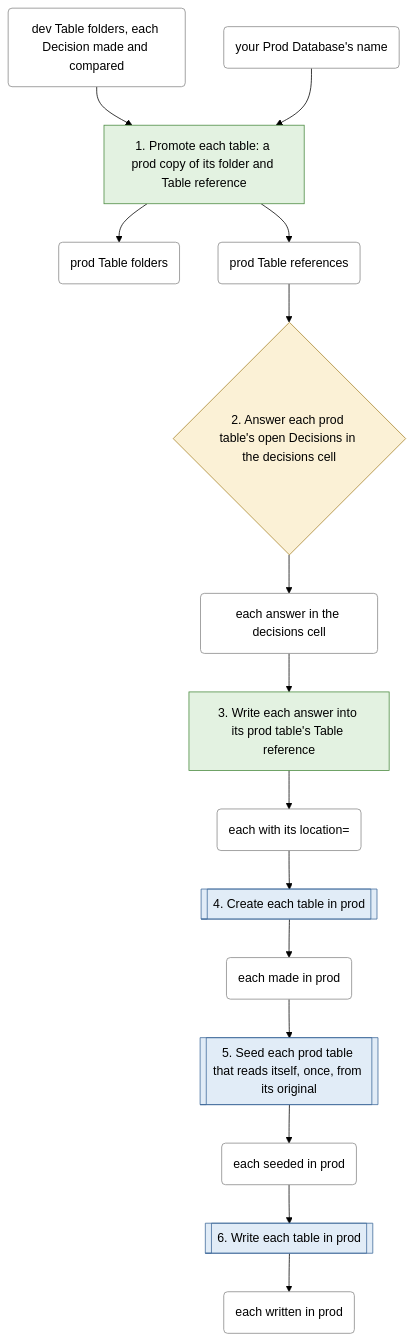
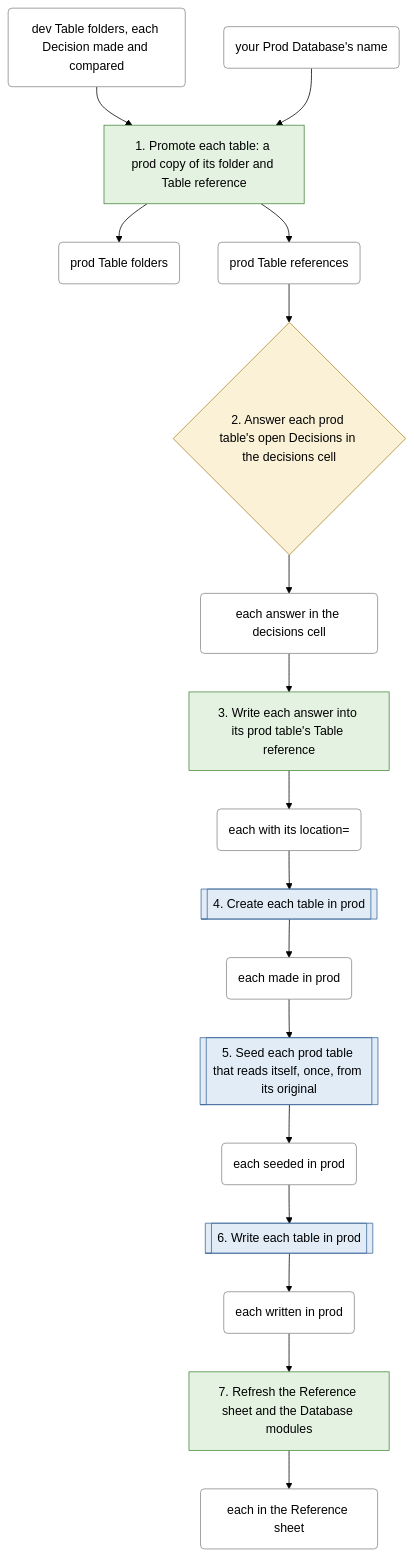
Before and after one commit to EdgyPage/SQL-Composer: the third of 8 diagrams in docs/clean-branch-readme.md, drawn with Mermaid (forest theme). The commit also changed other lines of this file and 28 other files, not shown here.

````diff
--- a/docs/clean-branch-readme.md
+++ b/docs/clean-branch-readme.md
@@ -488,36 +488,40 @@
 ```mermaid
 flowchart TD
     s0["1. Promote each table: a prod copy of its folder and Table reference"]:::files_only
     s1{"2. Answer each prod table's open Decisions in the decisions cell"}:::your_decision
     s2["3. Write each answer into its prod table's Table reference"]:::files_only
     s3[["4. Create each table in prod"]]:::warehouse_call
     s4[["5. Seed each prod table that reads itself, once, from its original"]]:::warehouse_call
     s5[["6. Write each table in prod"]]:::warehouse_call
+    s6["7. Refresh the Reference sheet and the Database modules"]:::files_only
     t0("dev Table folders, each Decision made and compared"):::thing
     t1("your Prod Database's name"):::thing
     t2("prod Table folders"):::thing
     t3("prod Table references"):::thing
     t4("each answer in the decisions cell"):::thing
     t5("each with its location="):::thing
     t6("each made in prod"):::thing
     t7("each seeded in prod"):::thing
     t8("each written in prod"):::thing
+    t9("each in the Reference sheet"):::thing
     t0 --> s0
     t1 --> s0
     s0 --> t2
     s0 --> t3
     t3 --> s1
     s1 --> t4
     t4 --> s2
     s2 --> t5
     t5 --> s3
     s3 --> t6
     t6 --> s4
     s4 --> t7
     t7 --> s5
     s5 --> t8
+    t8 --> s6
+    s6 --> t9
     classDef files_only fill:#e3f2e1,stroke:#4a8a3f
     classDef warehouse_call fill:#e1ecf7,stroke:#3f6a9a
     classDef your_decision fill:#fbf1d6,stroke:#a8842a
     classDef thing fill:#ffffff,stroke:#888888
 ```
````
